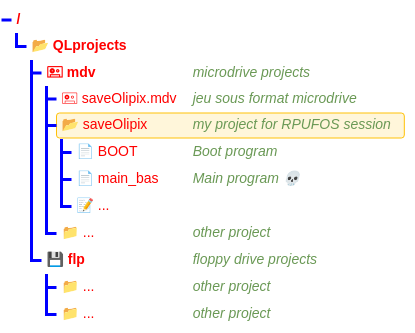
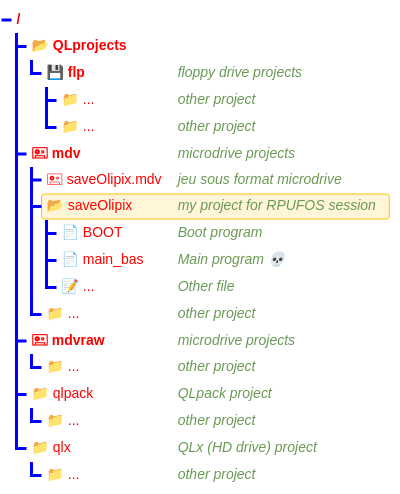
Before and after one commit to VFD/SinclairQL: the diagram in library/programs/ReadMe.md, drawn with Mermaid. The commit also changed 4 other files, not shown here.

````diff
--- a/library/programs/ReadMe.md
+++ b/library/programs/ReadMe.md
@@ -30,25 +30,32 @@
 ```mermaid
 ---
 config:
     treeView:
         lineThickness: 3
     themeVariables:
         treeView:
             labelFontSize: '14px'
             labelColor: '#FF0000'
             lineColor: '#0000FF'
 ---
 
 treeView-beta
     📂 QLprojects/
-        🖭 mdv/                    ## microdrive projects
-            🖭 saveOlipix.mdv      ## jeu sous format microdrive
-            📂 saveOlipix :::highlight   ## my project for RPUFOS session
-                📄 BOOT                  ## Boot program
-                📄 main_bas              ## Main program 💀
-                📝 ...
-            📁 ...                  ## other project
-        💾 flp/                   ## floppy drive projects
-            📁 ...                  ## other project
-            📁 ...                  ## other project
+        💾 flp/								## floppy drive projects
+            📁 ...								## other project
+            📁 ...								## other project
+		🖭 mdv/								## microdrive projects
+            🖭 saveOlipix.mdv					## jeu sous format microdrive
+            📂 saveOlipix :::highlight			## my project for RPUFOS session
+                📄 BOOT 							## Boot program
+                📄 main_bas						## Main program 💀
+                📝 ...							## Other file
+            📁 ...          			        ## other project
+		🖭 mdvraw/							## microdrive projects
+			📁 ...          			        ## other project
+		📁 qlpack          			        ## QLpack project
+			📁 ...          			        ## other project
+		📁 qlx          			        ## QLx (HD drive) project
+			📁 ...          			        ## other project
+
 ```
````
